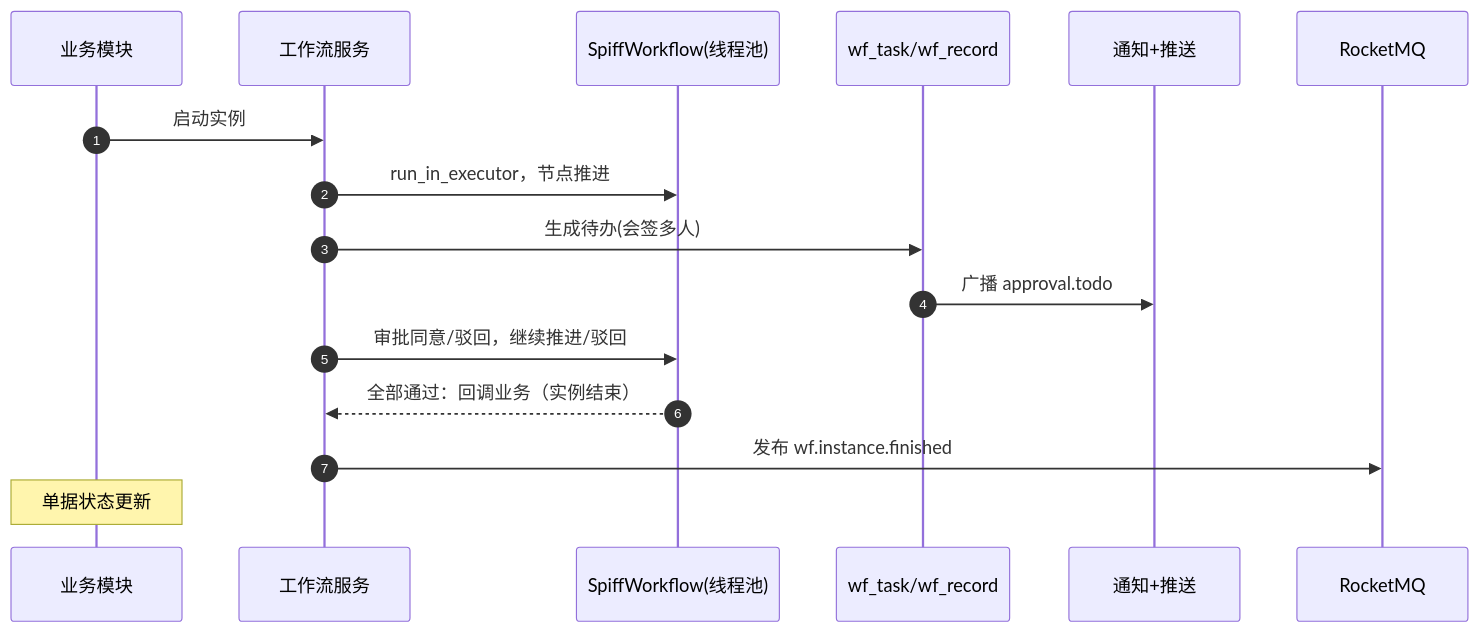
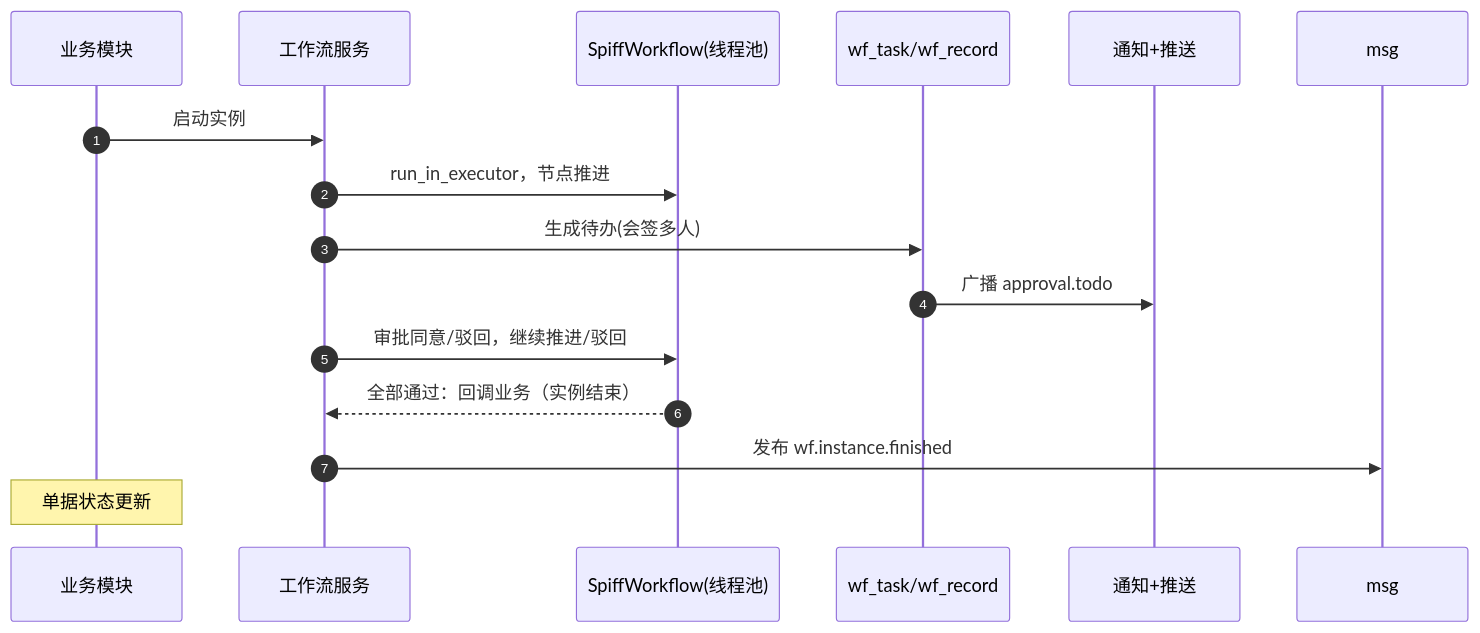
The diagram in bms文档/设计/概要设计/15_概要设计_工作流管理.md (minjian123/basic-management-system), drawn with Mermaid before and after one commit. The commit also changed 118 other files, not shown here.

````diff
--- a/bms文档/设计/概要设计/15_概要设计_工作流管理.md
+++ b/bms文档/设计/概要设计/15_概要设计_工作流管理.md
@@ -60,19 +60,19 @@
 ```mermaid
 sequenceDiagram
     autonumber
     participant 业务模块
     participant 工作流服务
     participant SpiffWorkflow as SpiffWorkflow(线程池)
     participant 任务表 as wf_task/wf_record
     participant 通知推送 as 通知+推送
-    participant RocketMQ
+    participant msg
 
     业务模块->>工作流服务: 启动实例
     工作流服务->>SpiffWorkflow: run_in_executor，节点推进
     工作流服务->>任务表: 生成待办(会签多人)
     任务表->>通知推送: 广播 approval.todo
     工作流服务->>SpiffWorkflow: 审批同意/驳回，继续推进/驳回
     SpiffWorkflow-->>工作流服务: 全部通过：回调业务（实例结束）
-    工作流服务->>RocketMQ: 发布 wf.instance.finished
+    工作流服务->>msg: 发布 wf.instance.finished
     Note over 业务模块: 单据状态更新
 ```
````
